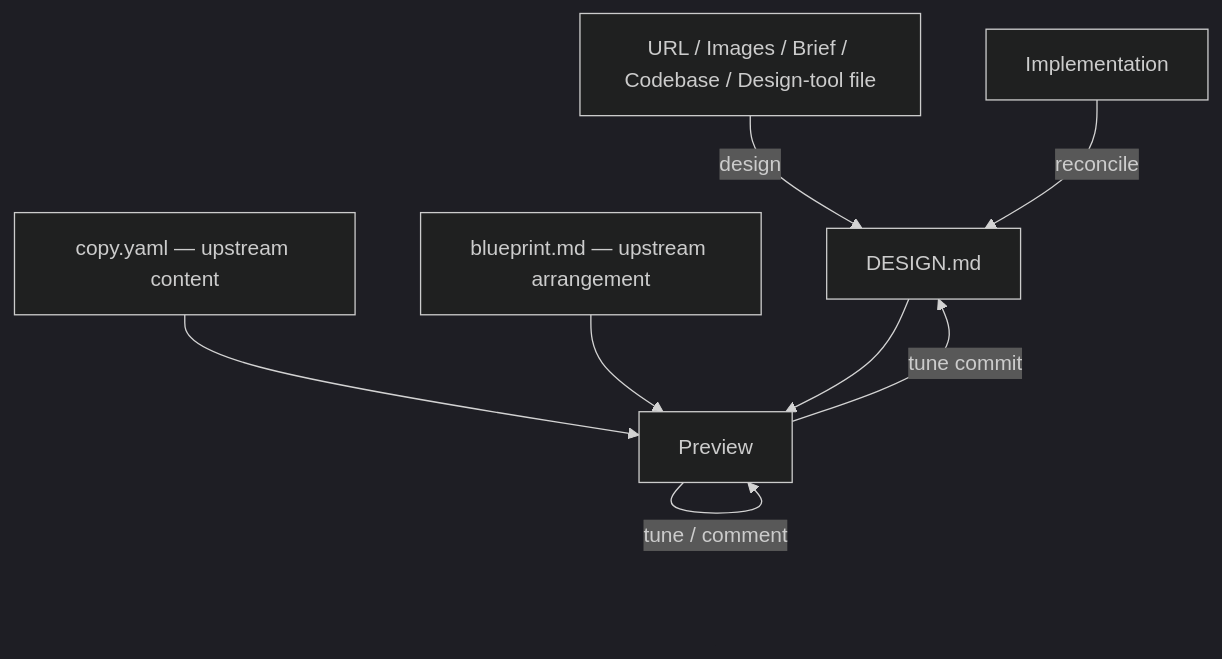
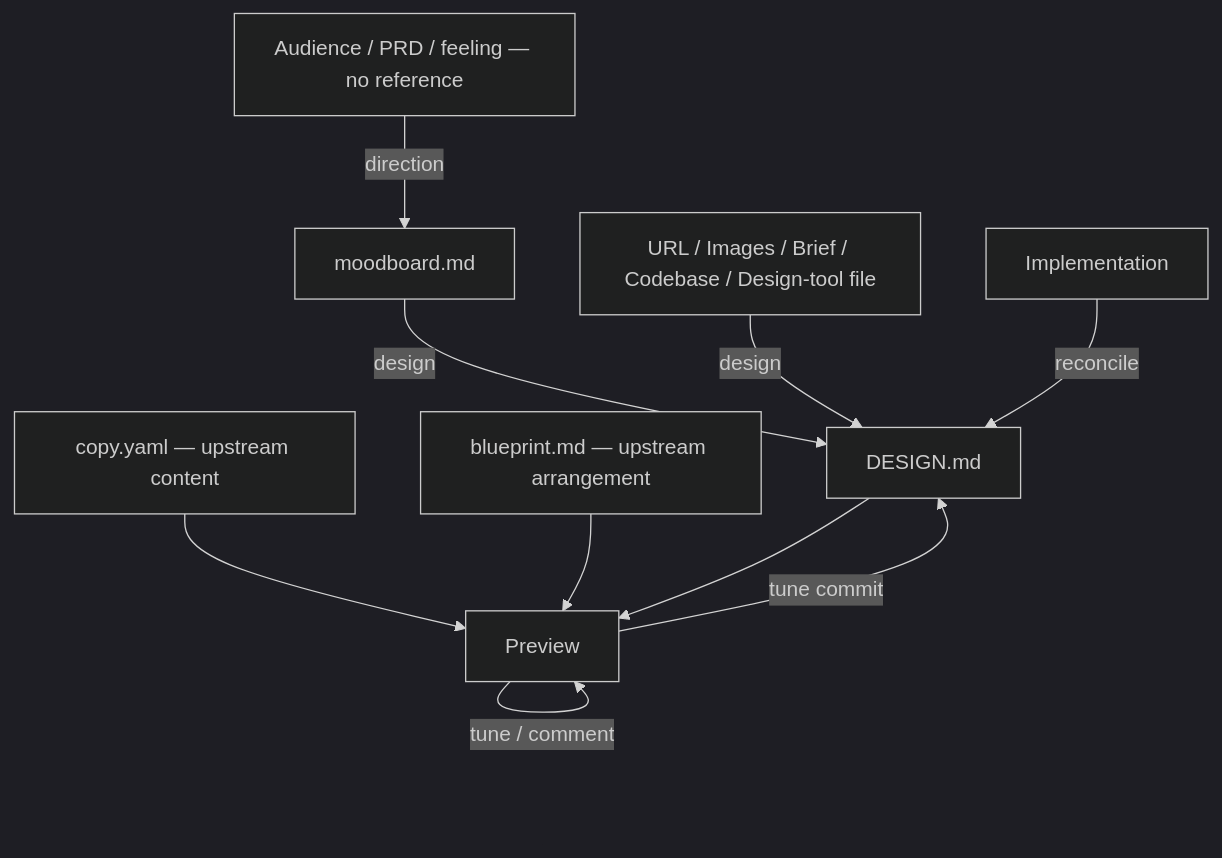
One commit to adeonir/agent-skills changed the diagram in skills/product/design-builder/README.md. Above: the diagram before and after it, drawn with Mermaid (dark theme). The commit also changed other lines of this file and 6 other files, not shown here.

````diff
--- a/skills/product/design-builder/README.md
+++ b/skills/product/design-builder/README.md
@@ -7,10 +7,12 @@
 ```mermaid
 flowchart TD
-    A[URL / Images / Brief / Codebase / Design-tool file] -->|design| B2[DESIGN.md]
+    Brief[Audience / PRD / feeling — no reference] -->|direction| MB[moodboard.md]
+    MB -->|design| B2[DESIGN.md]
+    A[URL / Images / Brief / Codebase / Design-tool file] -->|design| B2
     Copy[copy.yaml — upstream content] --> D[Preview]
     Blueprint[blueprint.md — upstream arrangement] --> D
     B2 --> D
     D -->|tune / comment| D
     D -->|tune commit| B2
     Impl[Implementation] -->|reconcile| B2
 ```
````
